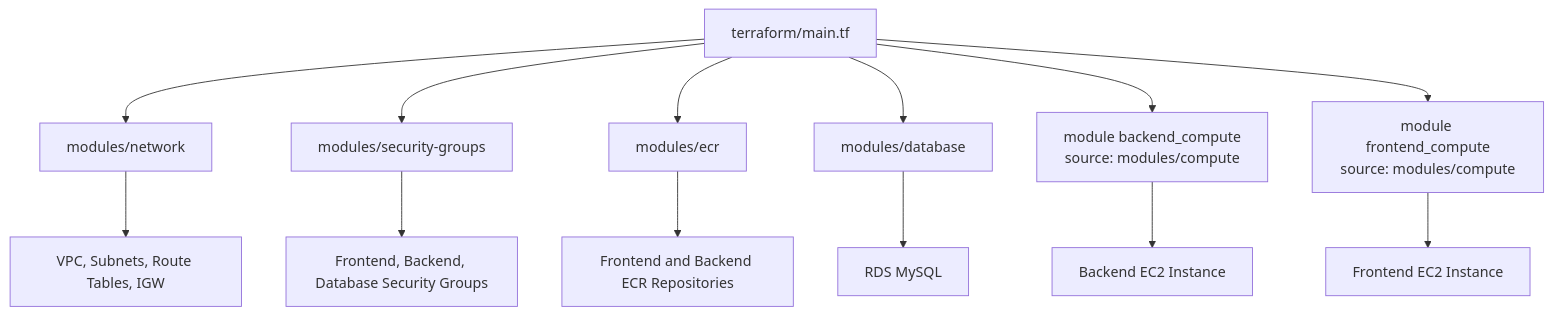
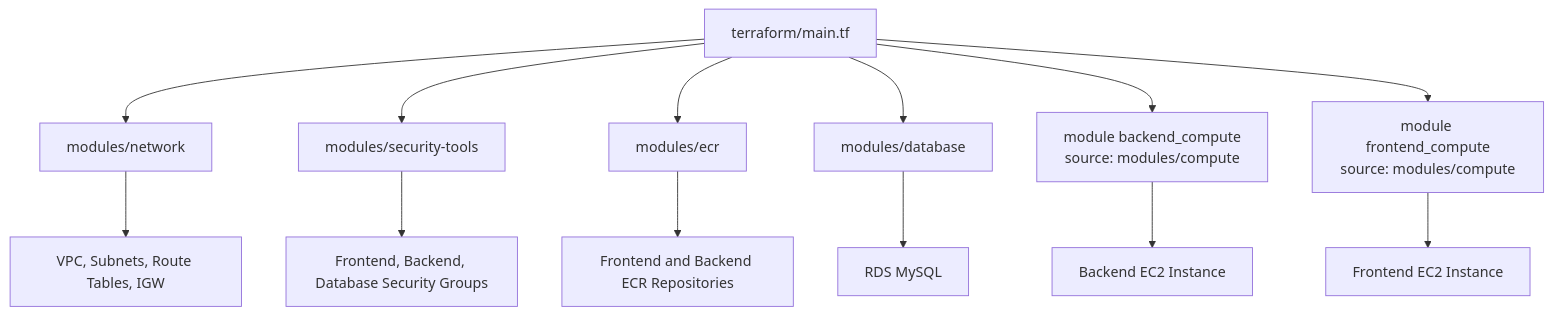
The fifth of 8 diagrams in README.md (Olalekog/todo-3tier-app), drawn with Mermaid before and after one commit. The commit also changed other lines of this file and 28 other files, not shown here.

````diff
--- a/README.md
+++ b/README.md
@@ -352,18 +352,18 @@
 ```mermaid
 flowchart TB
     Root[terraform/main.tf]
 
     Root --> Network[modules/network]
-    Root --> SG[modules/security-groups]
+    Root --> SG[modules/security-tools]
     Root --> ECR[modules/ecr]
     Root --> DB[modules/database]
     Root --> BackendCompute[module backend_compute<br/>source: modules/compute]
     Root --> FrontendCompute[module frontend_compute<br/>source: modules/compute]
 
     Network --> VPC[VPC, Subnets, Route Tables, IGW]
     SG --> SecurityGroups[Frontend, Backend, Database Security Groups]
     ECR --> ECRRepos[Frontend and Backend ECR Repositories]
     DB --> RDS[RDS MySQL]
     BackendCompute --> BackendEC2[Backend EC2 Instance]
     FrontendCompute --> FrontendEC2[Frontend EC2 Instance]
 ```
````
